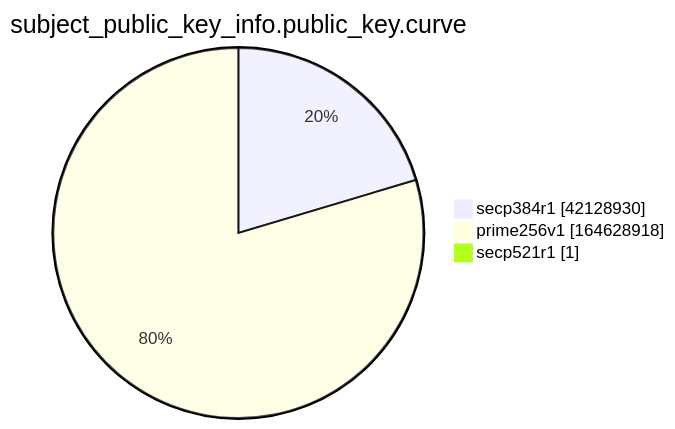
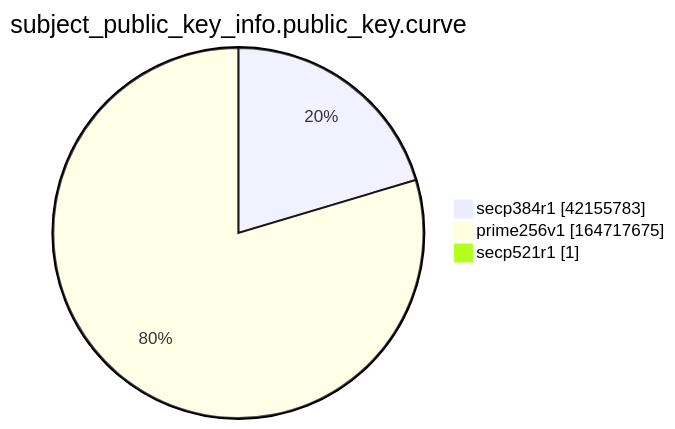
Before and after one commit to christiankrug/ctmonitor_visualization: the ninth of 15 diagrams in xenon2022/README.md, drawn with Mermaid. The commit also changed other lines of this file, not shown here.

````diff
--- a/xenon2022/README.md
+++ b/xenon2022/README.md
@@ -2869,7 +2869,7 @@
 ```mermaid
 pie showData
 title subject_public_key_info.public_key.curve
-"secp384r1" :42128930
-"prime256v1" :164628918
+"secp384r1" :42155783
+"prime256v1" :164717675
 "secp521r1" :1
 ```
````
